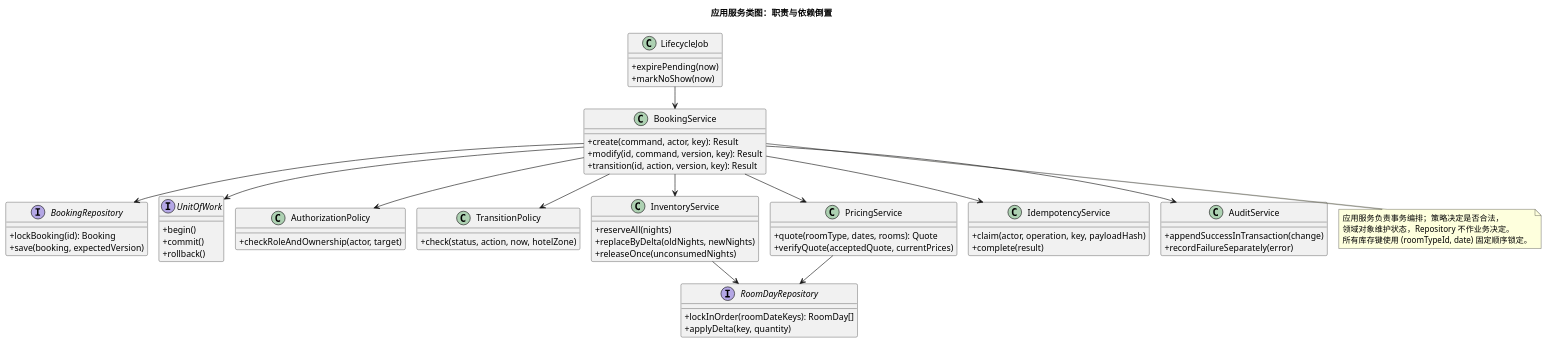
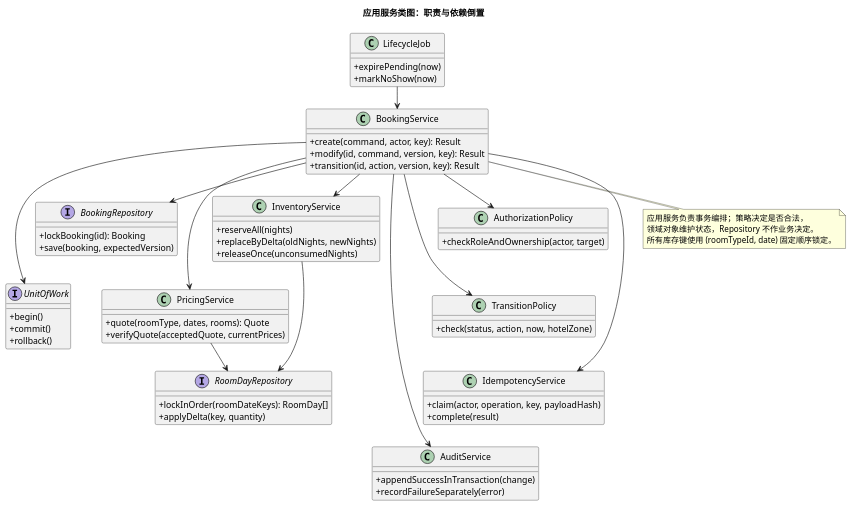
One commit to bear0327/software-engineering-lab changed the diagram in 实验2_241820122_商世雄/UML/03_应用服务类图.puml. Above: the diagram before and after it, drawn with PlantUML. The commit also changed 7 other files, not shown here.

Commit message:
lab2: fix UML layout and validate editable UI prototype and report

```diff
--- a/实验2_241820122_商世雄/UML/03_应用服务类图.puml
+++ b/实验2_241820122_商世雄/UML/03_应用服务类图.puml
@@ -1,69 +1,74 @@
 @startuml
 !pragma layout smetana
 title 应用服务类图：职责与依赖倒置
 skinparam defaultFontName Microsoft YaHei
 skinparam shadowing false
 skinparam classAttributeIconSize 0
 skinparam backgroundColor white
 interface BookingRepository {
   +lockBooking(id): Booking
   +save(booking, expectedVersion)
 }
 interface RoomDayRepository {
   +lockInOrder(roomDateKeys): RoomDay[]
   +applyDelta(key, quantity)
 }
 interface UnitOfWork {
   +begin()
   +commit()
   +rollback()
 }
 class BookingService {
   +create(command, actor, key): Result
   +modify(id, command, version, key): Result
   +transition(id, action, version, key): Result
 }
 class AuthorizationPolicy {
   +checkRoleAndOwnership(actor, target)
 }
 class TransitionPolicy {
   +check(status, action, now, hotelZone)
 }
 class InventoryService {
   +reserveAll(nights)
   +replaceByDelta(oldNights, newNights)
   +releaseOnce(unconsumedNights)
 }
 class PricingService {
   +quote(roomType, dates, rooms): Quote
   +verifyQuote(acceptedQuote, currentPrices)
 }
 class IdempotencyService {
   +claim(actor, operation, key, payloadHash)
   +complete(result)
 }
 class AuditService {
   +appendSuccessInTransaction(change)
   +recordFailureSeparately(error)
 }
 class LifecycleJob {
   +expirePending(now)
   +markNoShow(now)
 }
 BookingService --> AuthorizationPolicy
 BookingService --> TransitionPolicy
 BookingService --> InventoryService
 BookingService --> PricingService
 BookingService --> IdempotencyService
 BookingService --> AuditService
 BookingService --> BookingRepository
 BookingService --> UnitOfWork
 InventoryService --> RoomDayRepository
 PricingService --> RoomDayRepository
 LifecycleJob --> BookingService
+AuthorizationPolicy -[hidden]down-> TransitionPolicy
+TransitionPolicy -[hidden]down-> IdempotencyService
+IdempotencyService -[hidden]down-> AuditService
+InventoryService -[hidden]down-> PricingService
+BookingRepository -[hidden]down-> UnitOfWork
 note bottom of BookingService
 应用服务负责事务编排；策略决定是否合法，
 领域对象维护状态，Repository 不作业务决定。
 所有库存键使用 (roomTypeId, date) 固定顺序锁定。
 end note
 @enduml
```
